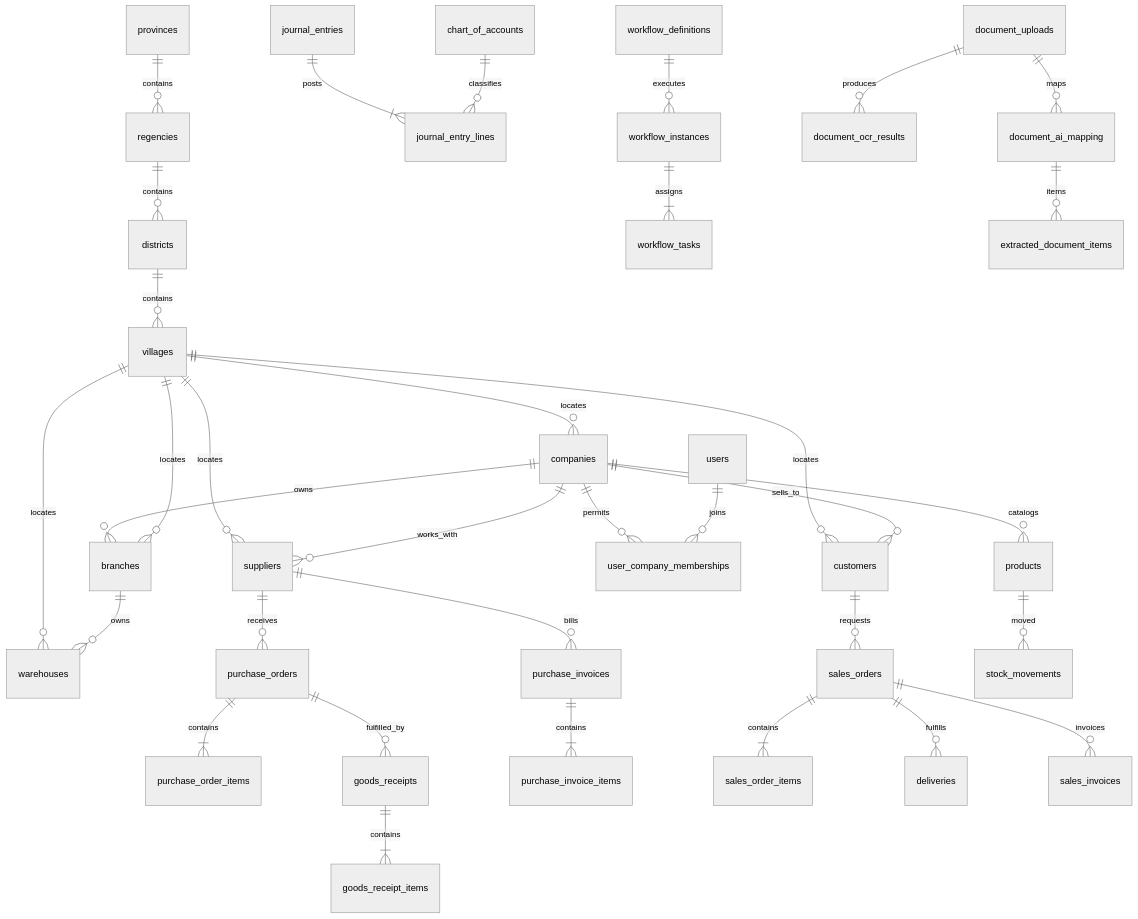
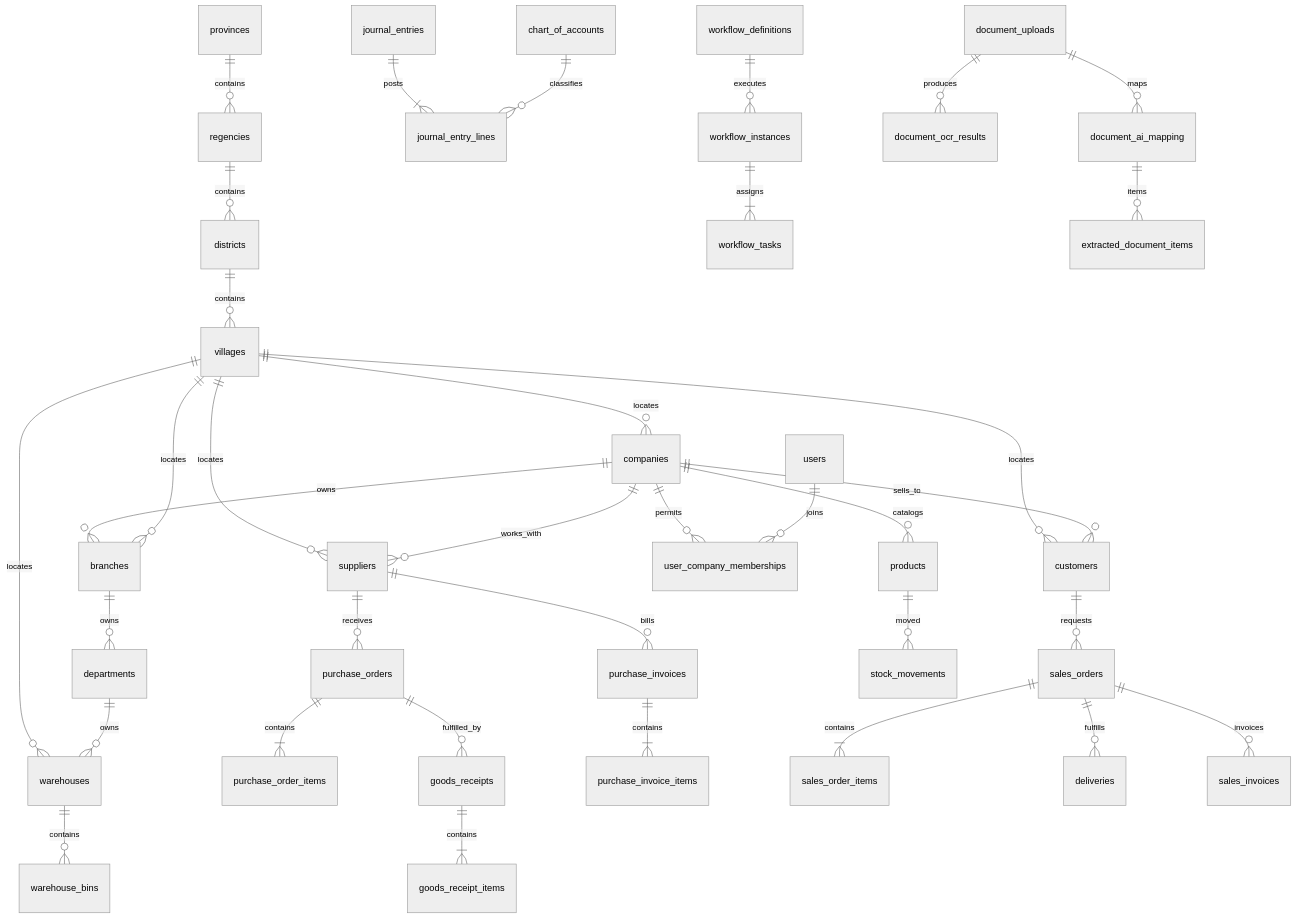
The first of 2 diagrams in docs/03-data-model-catalog.md (youhunt/pena-erp), drawn with Mermaid (neutral theme) before and after one commit. The commit also changed other lines of this file and 15 other files, not shown here.

````diff
--- a/docs/03-data-model-catalog.md
+++ b/docs/03-data-model-catalog.md
@@ -43,36 +43,38 @@
 ```mermaid
 erDiagram
     companies ||--o{ branches : owns
     provinces ||--o{ regencies : contains
     regencies ||--o{ districts : contains
     districts ||--o{ villages : contains
     villages ||--o{ companies : locates
     villages ||--o{ branches : locates
     villages ||--o{ warehouses : locates
     villages ||--o{ suppliers : locates
     villages ||--o{ customers : locates
     companies ||--o{ user_company_memberships : permits
     users ||--o{ user_company_memberships : joins
-    branches ||--o{ warehouses : owns
+    branches ||--o{ departments : owns
+    departments ||--o{ warehouses : owns
+    warehouses ||--o{ warehouse_bins : contains
     companies ||--o{ products : catalogs
     companies ||--o{ suppliers : works_with
     companies ||--o{ customers : sells_to
     suppliers ||--o{ purchase_orders : receives
     purchase_orders ||--|{ purchase_order_items : contains
     purchase_orders ||--o{ goods_receipts : fulfilled_by
     goods_receipts ||--|{ goods_receipt_items : contains
     suppliers ||--o{ purchase_invoices : bills
     purchase_invoices ||--|{ purchase_invoice_items : contains
     customers ||--o{ sales_orders : requests
     sales_orders ||--|{ sales_order_items : contains
     sales_orders ||--o{ deliveries : fulfills
     sales_orders ||--o{ sales_invoices : invoices
     products ||--o{ stock_movements : moved
     journal_entries ||--|{ journal_entry_lines : posts
     chart_of_accounts ||--o{ journal_entry_lines : classifies
     workflow_definitions ||--o{ workflow_instances : executes
     workflow_instances ||--|{ workflow_tasks : assigns
     document_uploads ||--o{ document_ocr_results : produces
     document_uploads ||--o{ document_ai_mapping : maps
     document_ai_mapping ||--o{ extracted_document_items : items
 ```
````
